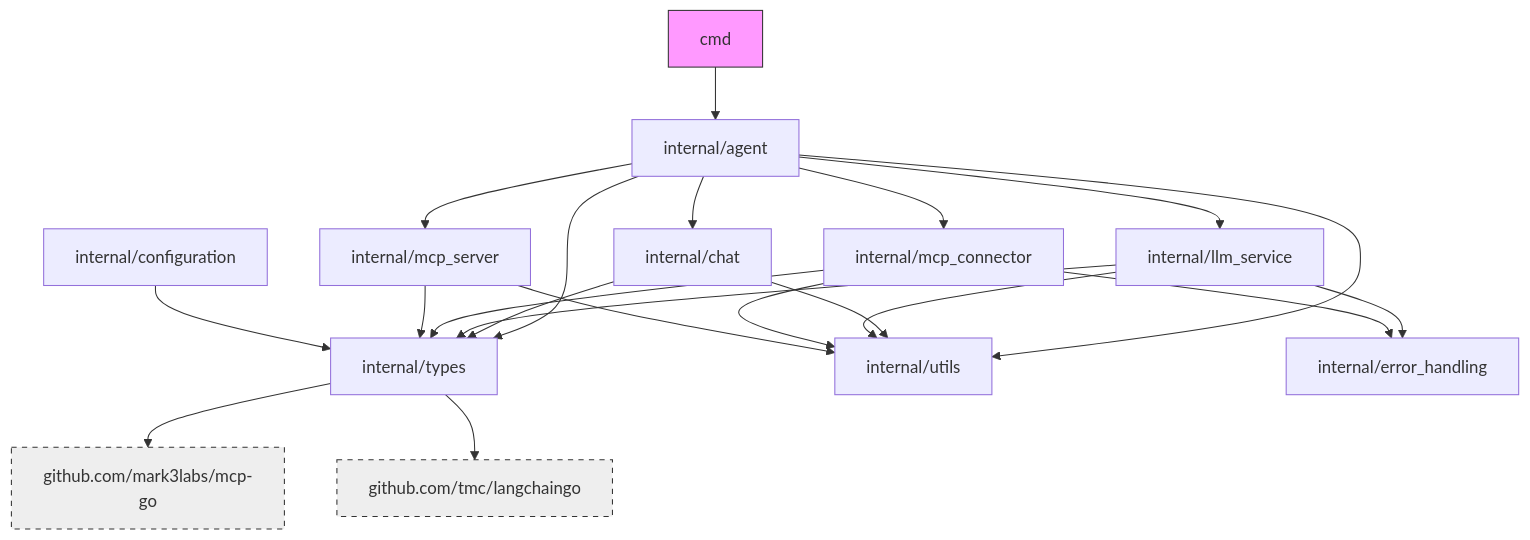
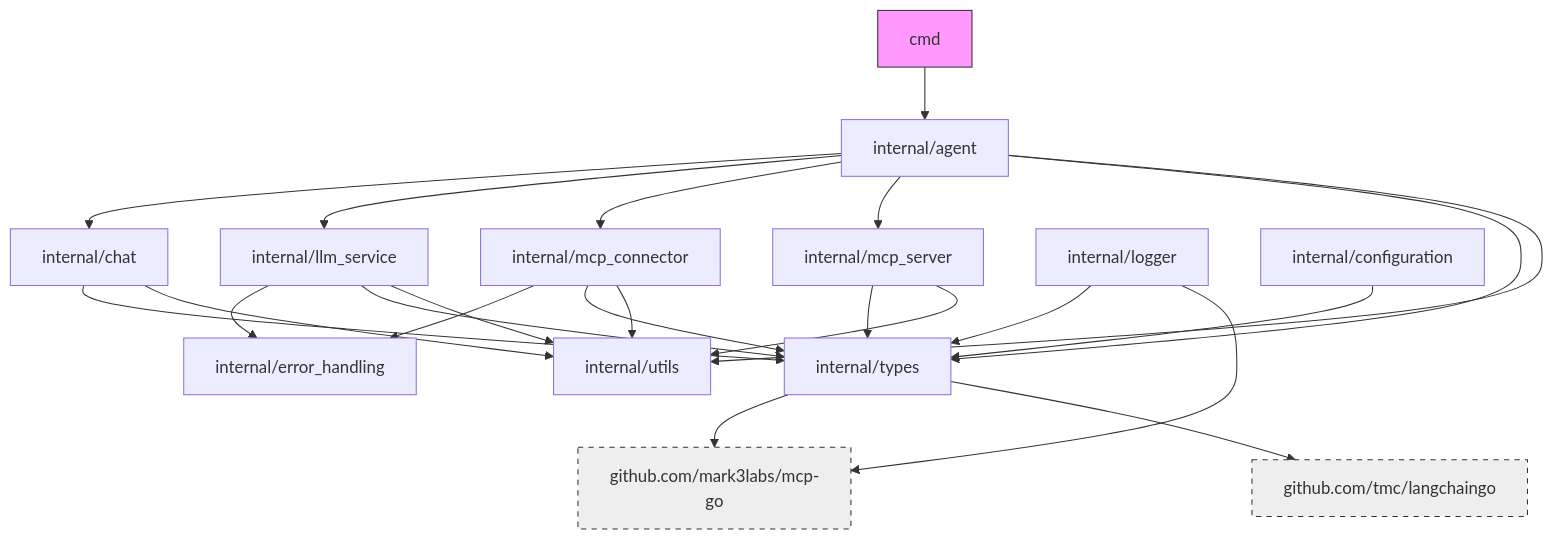
Before and after one commit to korchasa/speelka-agent: the diagram in documents/file_structure.md, drawn with Mermaid. The commit also changed other lines of this file and 3 other files, not shown here.

````diff
--- a/documents/file_structure.md
+++ b/documents/file_structure.md
@@ -108,33 +111,36 @@
 ```mermaid
 flowchart TD
     cmd-->internal/agent
     internal/agent-->internal/chat
     internal/agent-->internal/llm_service
     internal/agent-->internal/mcp_connector
     internal/agent-->internal/mcp_server
     internal/agent-->internal/types
     internal/agent-->internal/utils
 
     internal/chat-->internal/types
     internal/chat-->internal/utils
 
     internal/llm_service-->internal/error_handling
     internal/llm_service-->internal/types
     internal/llm_service-->internal/utils
 
     internal/mcp_connector-->internal/error_handling
     internal/mcp_connector-->internal/types
     internal/mcp_connector-->internal/utils
 
     internal/mcp_server-->internal/types
     internal/mcp_server-->internal/utils
 
+    internal/logger-->internal/types
+    internal/logger-->external_mcp
+
     internal/configuration-->internal/types
 
     internal/types-->external_mcp[github.com/mark3labs/mcp-go]
     internal/types-->external_llm[github.com/tmc/langchaingo]
 
     style cmd fill:#f9f,stroke:#333
     style external_mcp fill:#eee,stroke:#333,stroke-dasharray: 5 5
     style external_llm fill:#eee,stroke:#333,stroke-dasharray: 5 5
 ```
````
